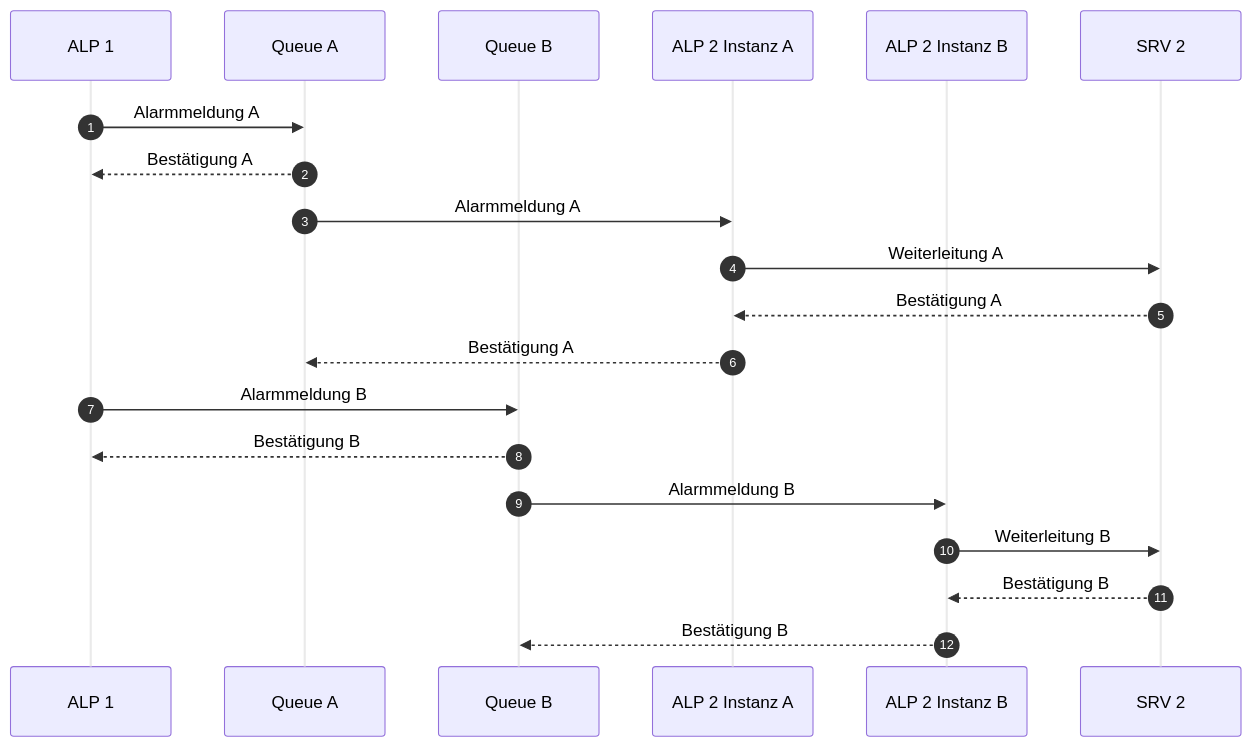
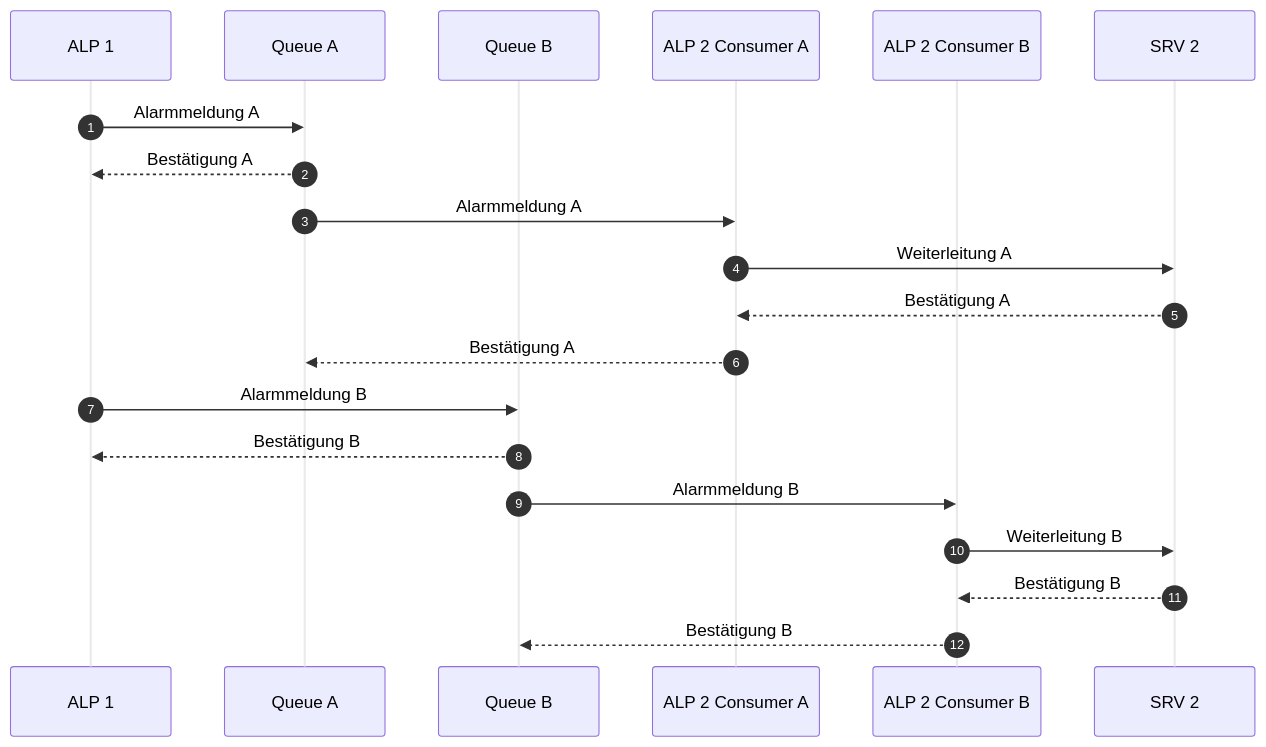
Before and after one commit to JadKHaddad/MT: the diagram in mermaid/alps_normal_sequence.mmd, drawn with Mermaid. The commit also changed 30 other files, not shown here.

Commit message:
update mermaid diagrams

```diff
--- a/mermaid/alps_normal_sequence.mmd
+++ b/mermaid/alps_normal_sequence.mmd
@@ -1,23 +1,23 @@
 %%{init: { 'themeVariables': { 'actorLineColor': '#EAEAEA', 'signalTextColor': '#000000' } } }%%
 sequenceDiagram
     autonumber
     participant L1 as ALP 1
     participant QA as Queue A
     participant QB as Queue B
-    participant L2A as ALP 2 Instanz A
-    participant L2B as ALP 2 Instanz B
+    participant L2A as ALP 2 Consumer A
+    participant L2B as ALP 2 Consumer B
     participant S2 as SRV 2
 
     L1->>QA: Alarmmeldung A
     QA-->>L1: Bestätigung A
     QA->>L2A: Alarmmeldung A
     L2A->>S2: Weiterleitung A
     S2-->>L2A: Bestätigung A
     L2A-->>QA: Bestätigung A
     
     L1->>QB: Alarmmeldung B
     QB-->>L1: Bestätigung B
     QB->>L2B: Alarmmeldung B
     L2B->>S2: Weiterleitung B
     S2-->>L2B: Bestätigung B
     L2B-->>QB: Bestätigung B
```
